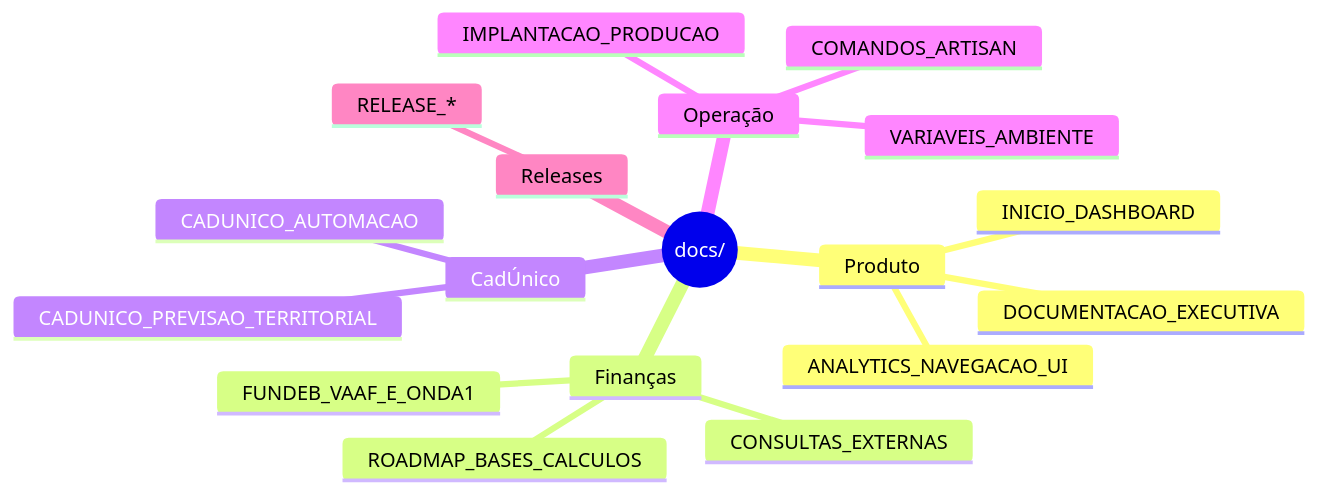
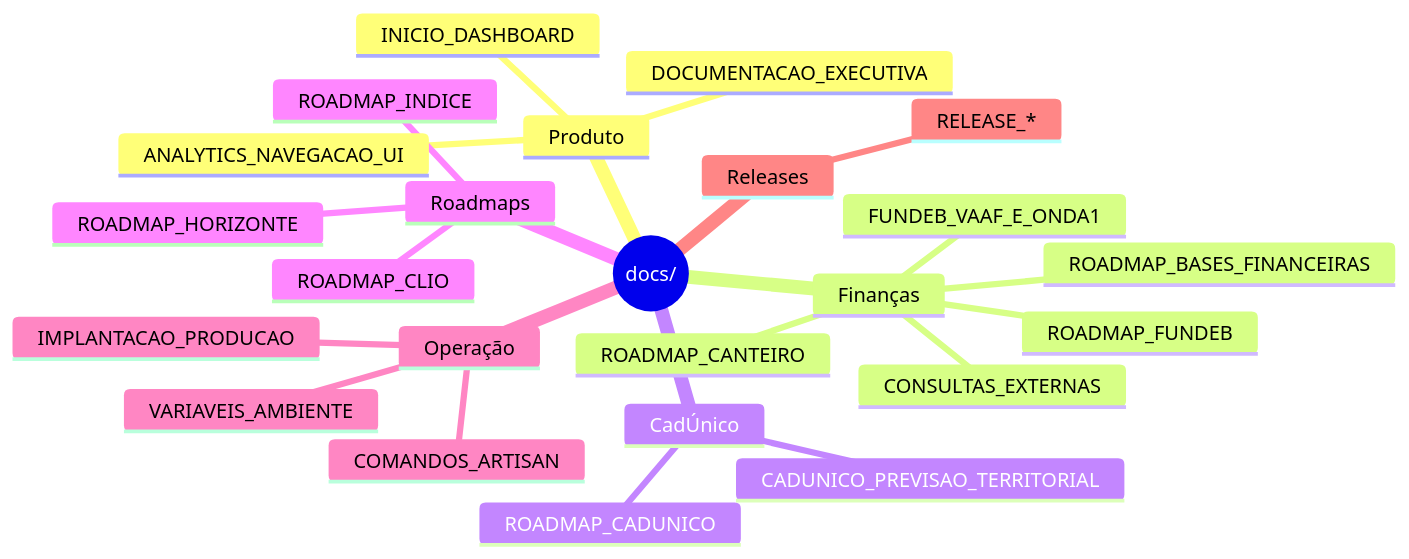
The second of 3 diagrams in docs/README.md (JaderGabriel/serventec-servlitcys), drawn with Mermaid before and after one commit. The commit also changed other lines of this file and 73 other files, not shown here.

First line of the commit message:
feat: Canteiro completo e padronização ROADMAP_* no leitor

````diff
--- a/docs/README.md
+++ b/docs/README.md
@@ -90,21 +90,27 @@
 ```mermaid
 mindmap
   root((docs/))
     Produto
       DOCUMENTACAO_EXECUTIVA
       ANALYTICS_NAVEGACAO_UI
       INICIO_DASHBOARD
     Finanças
       FUNDEB_VAAF_E_ONDA1
       CONSULTAS_EXTERNAS
-      ROADMAP_BASES_CALCULOS
+      ROADMAP_BASES_FINANCEIRAS
+      ROADMAP_FUNDEB
+      ROADMAP_CANTEIRO
     CadÚnico
       CADUNICO_PREVISAO_TERRITORIAL
-      CADUNICO_AUTOMACAO
+      ROADMAP_CADUNICO
+    Roadmaps
+      ROADMAP_INDICE
+      ROADMAP_HORIZONTE
+      ROADMAP_CLIO
     Operação
       IMPLANTACAO_PRODUCAO
       VARIAVEIS_AMBIENTE
       COMANDOS_ARTISAN
     Releases
       RELEASE_*
 ```
````
